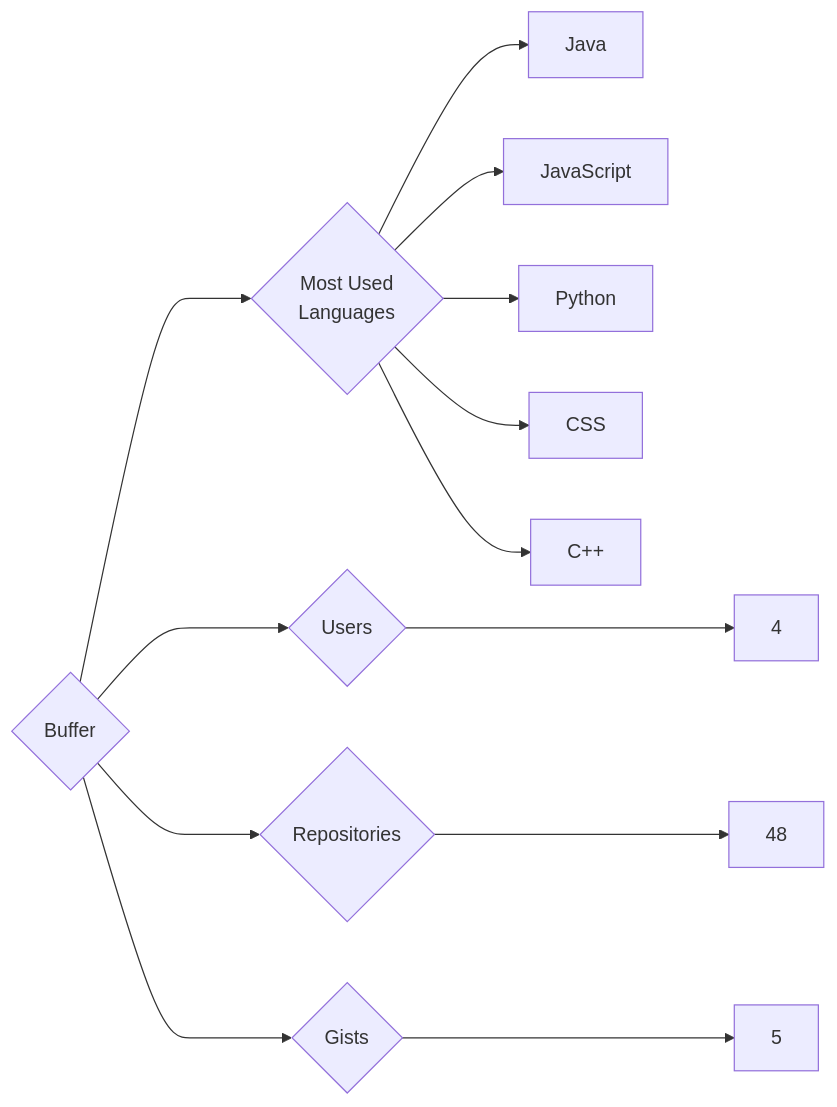
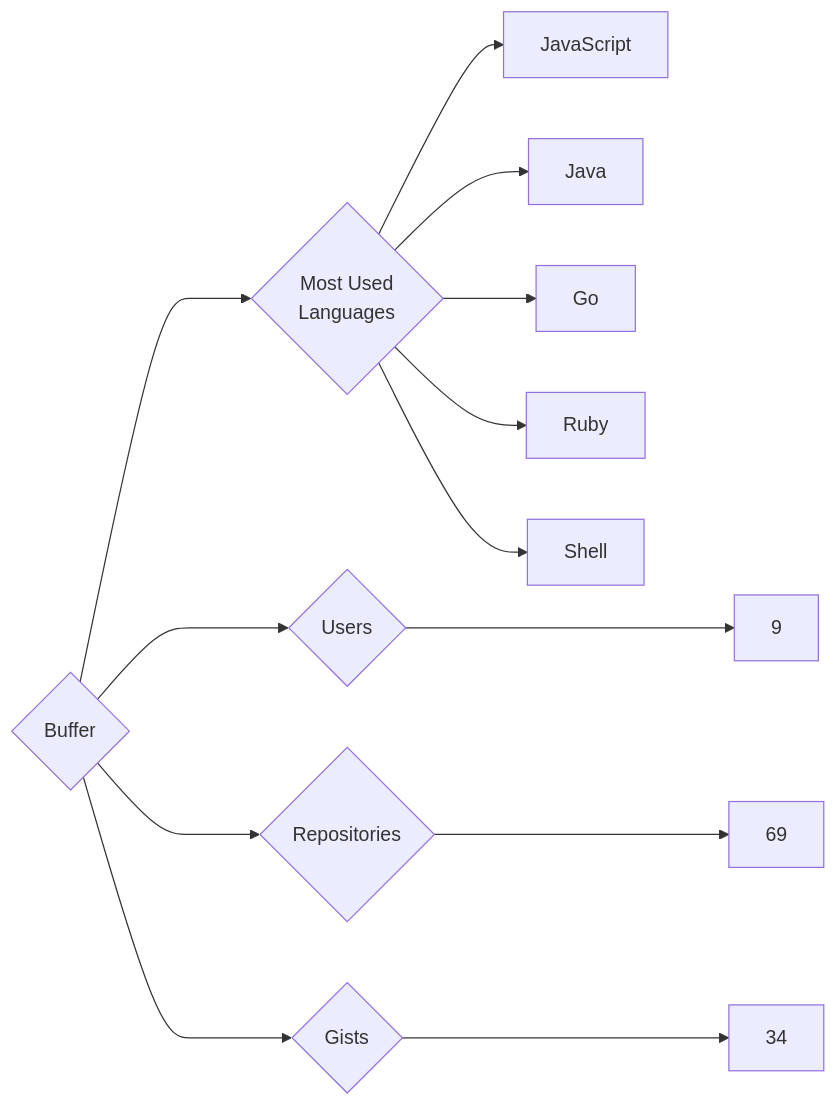
The diagram in targets/Buffer/README.md (trickest/insiders), drawn with Mermaid before and after one commit. The commit also changed 1055 other files, not shown here.

````diff
--- a/targets/Buffer/README.md
+++ b/targets/Buffer/README.md
@@ -3,13 +3,13 @@
 ```mermaid
 graph LR
 COMPANY_NAME{Buffer}
-COMPANY_NAME ---> U{Users} ---> UN[4]
-COMPANY_NAME ---> R{Repositories} ---> RN[48]
-COMPANY_NAME ---> G{Gists} ---> GN[5]
+COMPANY_NAME ---> U{Users} ---> UN[9]
+COMPANY_NAME ---> R{Repositories} ---> RN[69]
+COMPANY_NAME ---> G{Gists} ---> GN[34]
 COMPANY_NAME ---> ML{Most Used<br>Languages}
+ML --> JavaScript[JavaScript]
 ML --> Java[Java]
-ML --> JavaScript[JavaScript]
-ML --> Python[Python]
-ML --> CSS[CSS]
-ML --> C++[C++]
+ML --> Go[Go]
+ML --> Ruby[Ruby]
+ML --> Shell[Shell]
 ```
````
